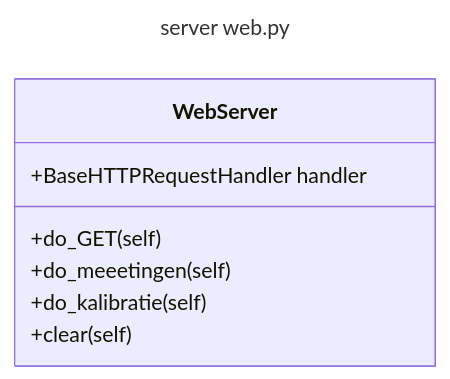
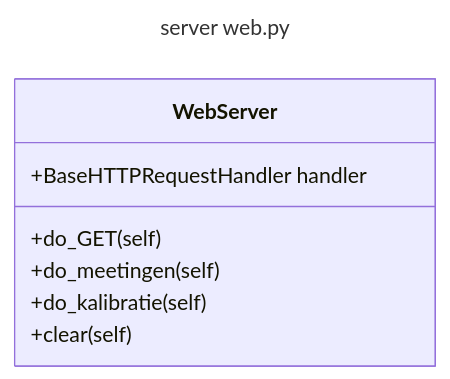
One commit to quintenVLOT/eindproject changed diagram 13 of 16 in readme.md. Above: the diagram before and after it, drawn with Mermaid. The commit also changed other lines of this file, not shown here.

````diff
--- a/readme.md
+++ b/readme.md
@@ -283,13 +283,13 @@
 ```mermaid
 ---
 title: server web.py
 ---
 classDiagram
     class WebServer
     WebServer : +BaseHTTPRequestHandler handler
 
     WebServer : +do_GET(self)
-    WebServer : +do_meeetingen(self)
+    WebServer : +do_meetingen(self)
     WebServer : +do_kalibratie(self)
     WebServer : +clear(self)
 ```
````
